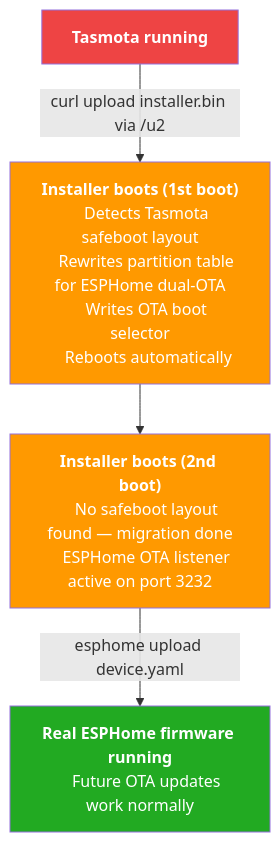
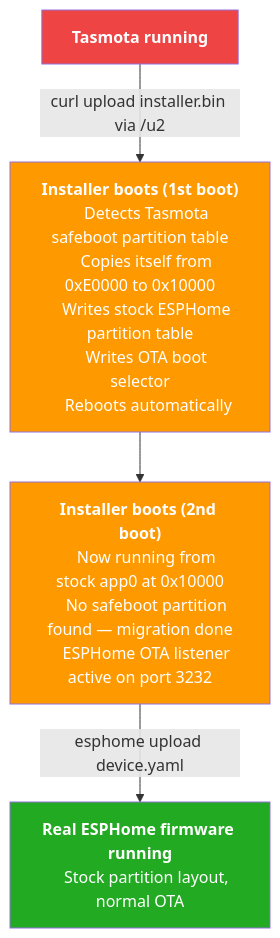
One commit to elohmeier/tasmota-migrate changed the first of 2 diagrams in README.md. Above: the diagram before and after it, drawn with Mermaid. The commit also changed other lines of this file and 4 other files, not shown here.

First line of the commit message:
Migrate to stock ESPHome partition layout via self-copy

````diff
--- a/README.md
+++ b/README.md
@@ -93,26 +92,28 @@
 ```mermaid
 flowchart TD
     A["<b>Tasmota running</b>"] -->|"curl upload installer.bin via /u2"| B
 
     B["<b>Installer boots (1st boot)</b>
-    Detects Tasmota safeboot layout
-    Rewrites partition table for ESPHome dual-OTA
+    Detects Tasmota safeboot partition table
+    Copies itself from 0xE0000 to 0x10000
+    Writes stock ESPHome partition table
     Writes OTA boot selector
     Reboots automatically"]
 
     B --> C
 
     C["<b>Installer boots (2nd boot)</b>
-    No safeboot layout found — migration done
+    Now running from stock app0 at 0x10000
+    No safeboot partition found — migration done
     ESPHome OTA listener active on port 3232"]
 
     C -->|"esphome upload device.yaml"| D
 
     D["<b>Real ESPHome firmware running</b>
-    Future OTA updates work normally"]
+    Stock partition layout, normal OTA"]
 
     style A fill:#e44,color:#fff
     style B fill:#f90,color:#fff
     style C fill:#f90,color:#fff
     style D fill:#2a2,color:#fff
 ```
````
